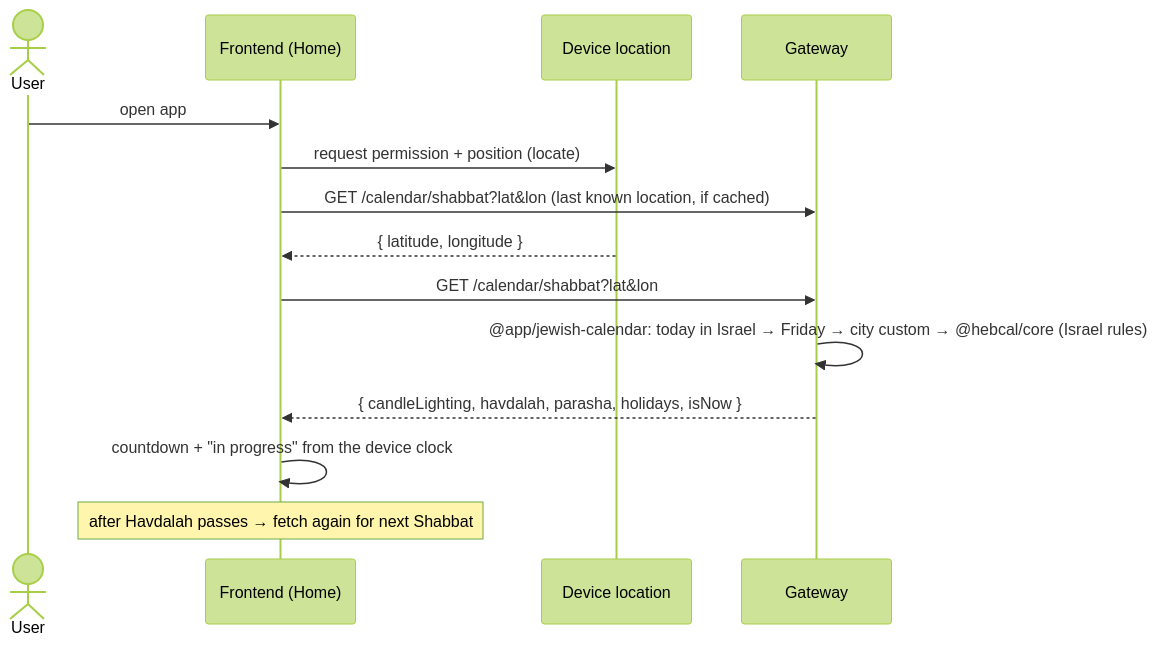
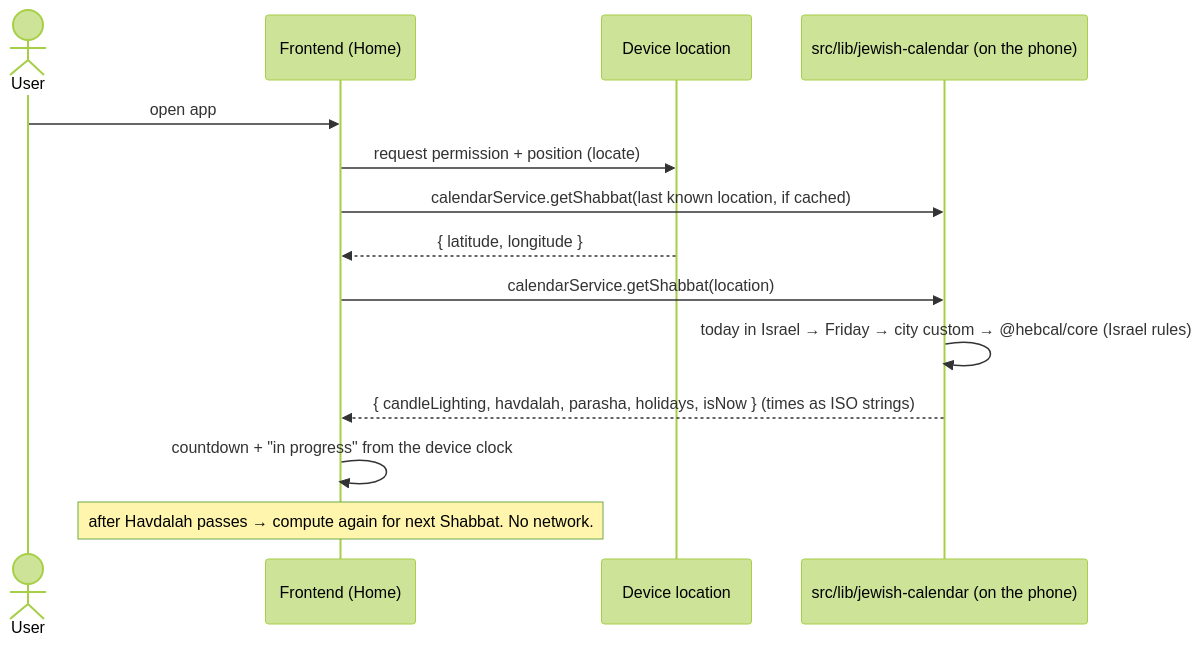
One commit to LidorElmakaies/personal-copilot changed the fourth of 9 diagrams in docs/specs/architecture.md. Above: the diagram before and after it, drawn with Mermaid (forest theme). The commit also changed other lines of this file and 15 other files, not shown here.

First line of the commit message:
Android-only refactor: the app computes the calendar itself (R2.4)

````diff
--- a/docs/specs/architecture.md
+++ b/docs/specs/architecture.md
@@ -180,17 +181,17 @@
 ```mermaid
 sequenceDiagram
     actor User
     participant App as Frontend (Home)
     participant GPS as Device location
-    participant Gateway
+    participant Lib as src/lib/jewish-calendar (on the phone)
 
     User->>App: open app
     App->>GPS: request permission + position (locate)
-    App->>Gateway: GET /calendar/shabbat?lat&lon (last known location, if cached)
+    App->>Lib: calendarService.getShabbat(last known location, if cached)
     GPS-->>App: { latitude, longitude }
-    App->>Gateway: GET /calendar/shabbat?lat&lon
-    Gateway->>Gateway: @app/jewish-calendar: today in Israel → Friday → city custom → @hebcal/core (Israel rules)
-    Gateway-->>App: { candleLighting, havdalah, parasha, holidays, isNow }
+    App->>Lib: calendarService.getShabbat(location)
+    Lib->>Lib: today in Israel → Friday → city custom → @hebcal/core (Israel rules)
+    Lib-->>App: { candleLighting, havdalah, parasha, holidays, isNow } (times as ISO strings)
     App->>App: countdown + "in progress" from the device clock
-    Note over App: after Havdalah passes → fetch again for next Shabbat
+    Note over App: after Havdalah passes → compute again for next Shabbat. No network.
 ```
````
